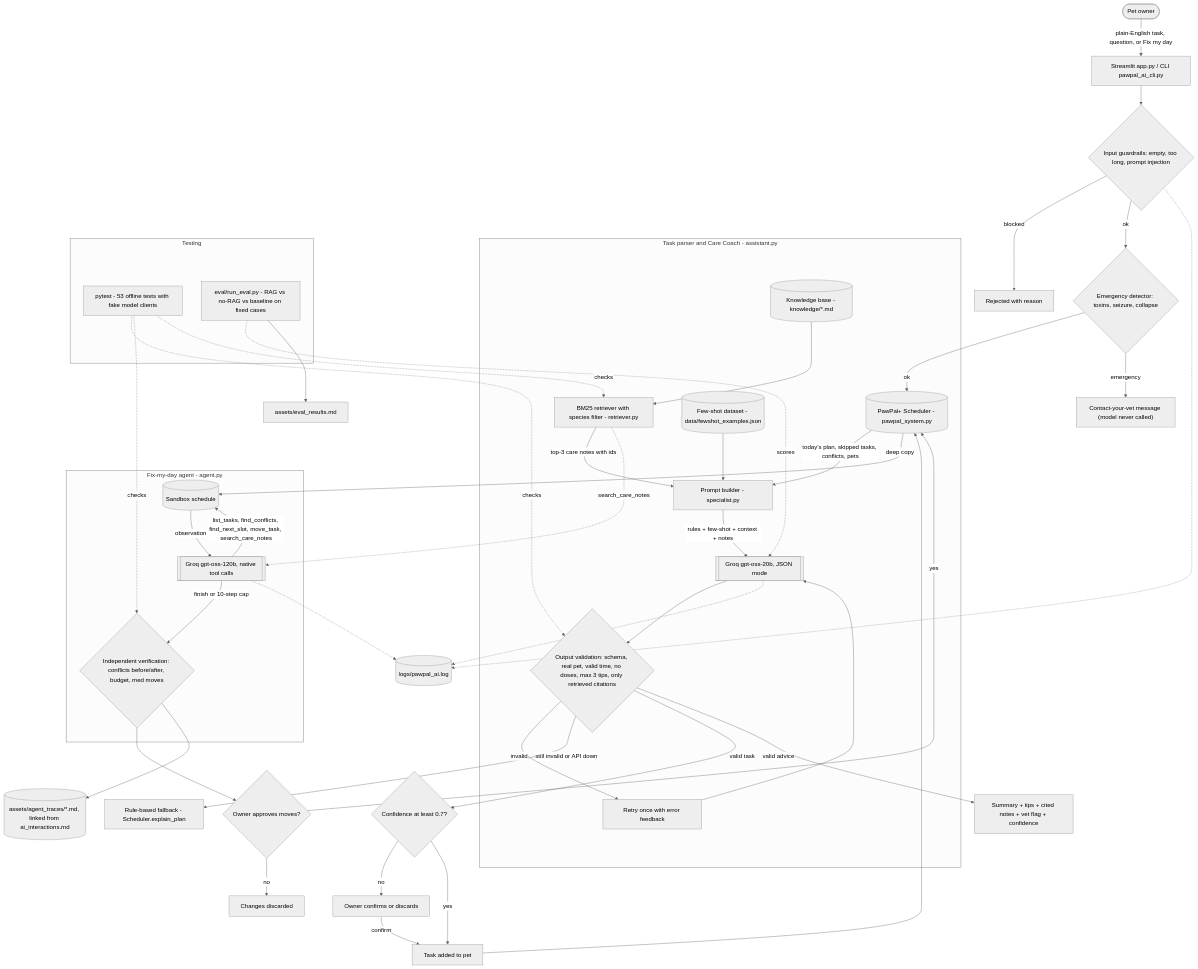
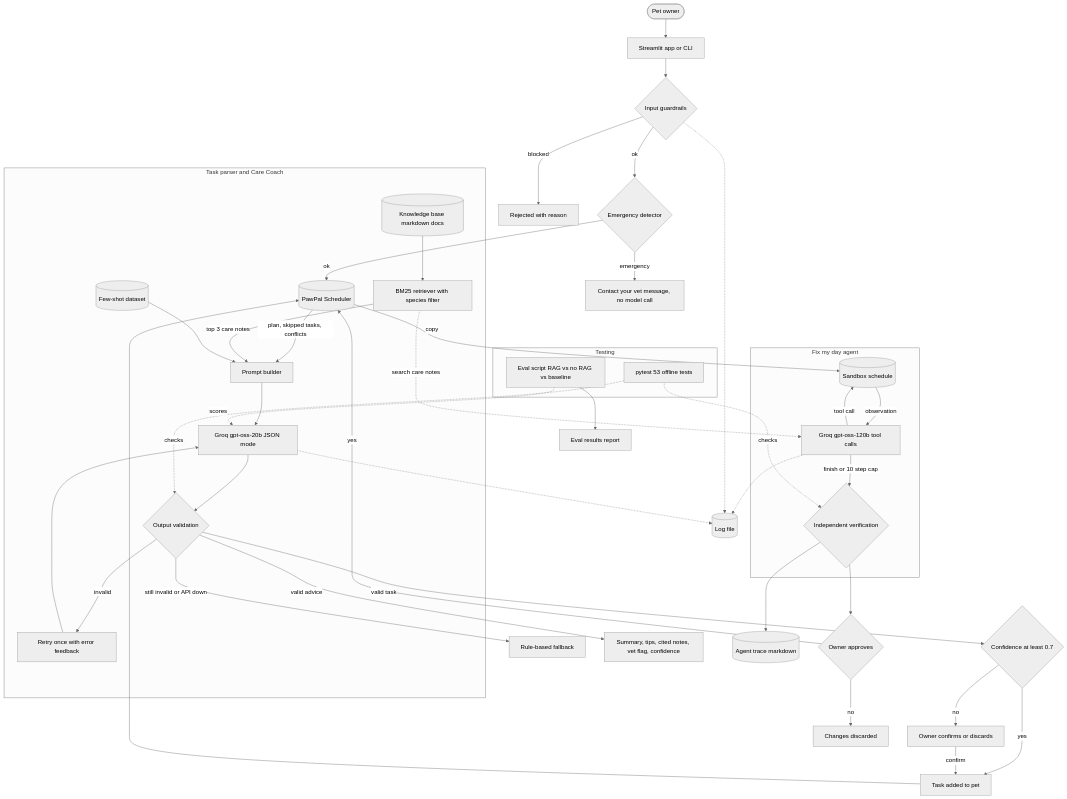
Before and after one commit to Bhagyashree-Vaidya/applied-ai-system-project: the diagram in diagrams/architecture.mmd, drawn with Mermaid (neutral theme). The commit also changed 1 other file, not shown here.

Commit message:
docs: simplify architecture Mermaid for GitHub rendering; app link at top of README

```diff
--- a/diagrams/architecture.mmd
+++ b/diagrams/architecture.mmd
@@ -1,52 +1,51 @@
 flowchart TD
-    U(["Pet owner"]) -->|"plain-English task, question, or Fix my day"| UI["Streamlit app.py / CLI pawpal_ai_cli.py"]
-    UI --> IG{"Input guardrails: empty, too long, prompt injection"}
-    IG -->|"blocked"| R1["Rejected with reason"]
-    IG -->|"ok"| EM{"Emergency detector: toxins, seizure, collapse"}
-    EM -->|"emergency"| R2["Contact-your-vet message (model never called)"]
-    EM -->|"ok"| SCH[("PawPal+ Scheduler - pawpal_system.py")]
+    U([Pet owner]) --> UI[Streamlit app or CLI]
+    UI --> IG{Input guardrails}
+    IG -- blocked --> R1[Rejected with reason]
+    IG -- ok --> EM{Emergency detector}
+    EM -- emergency --> R2[Contact your vet message, no model call]
+    EM -- ok --> SCH[(PawPal Scheduler)]
 
-    subgraph Coach["Task parser and Care Coach - assistant.py"]
-        SCH -->|"today's plan, skipped tasks, conflicts, pets"| PB["Prompt builder - specialist.py"]
-        KB[("Knowledge base - knowledge/*.md")] --> RET["BM25 retriever with species filter - retriever.py"]
-        RET -->|"top-3 care notes with ids"| PB
-        FS[("Few-shot dataset - data/fewshot_examples.json")] --> PB
-        PB -->|"rules + few-shot + context + notes"| LLM[["Groq gpt-oss-20b, JSON mode"]]
-        LLM --> OV{"Output validation: schema, real pet, valid time, no doses, max 3 tips, only retrieved citations"}
-        OV -->|"invalid"| RETRY["Retry once with error feedback"]
+    subgraph Coach [Task parser and Care Coach]
+        SCH -- plan, skipped tasks, conflicts --> PB[Prompt builder]
+        KB[(Knowledge base markdown docs)] --> RET[BM25 retriever with species filter]
+        RET -- top 3 care notes --> PB
+        FS[(Few-shot dataset)] --> PB
+        PB --> LLM[Groq gpt-oss-20b JSON mode]
+        LLM --> OV{Output validation}
+        OV -- invalid --> RETRY[Retry once with error feedback]
         RETRY --> LLM
     end
 
-    OV -->|"still invalid or API down"| FB["Rule-based fallback - Scheduler.explain_plan"]
-    OV -->|"valid task"| HIL{"Confidence at least 0.7?"}
-    HIL -->|"no"| HUMAN["Owner confirms or discards"]
-    HIL -->|"yes"| ADD["Task added to pet"]
-    HUMAN -->|"confirm"| ADD
+    OV -- still invalid or API down --> FB[Rule-based fallback]
+    OV -- valid task --> HIL{Confidence at least 0.7}
+    HIL -- no --> HUMAN[Owner confirms or discards]
+    HIL -- yes --> ADD[Task added to pet]
+    HUMAN -- confirm --> ADD
     ADD --> SCH
-    OV -->|"valid advice"| OUT["Summary + tips + cited notes + vet flag + confidence"]
+    OV -- valid advice --> OUT[Summary, tips, cited notes, vet flag, confidence]
 
-    subgraph Agent["Fix-my-day agent - agent.py"]
-        SCH -->|"deep copy"| SB[("Sandbox schedule")]
-        AL[["Groq gpt-oss-120b, native tool calls"]] -->|"list_tasks, find_conflicts, find_next_slot, move_task, search_care_notes"| SB
-        SB -->|"observation"| AL
-        AL -->|"finish or 10-step cap"| VER{"Independent verification: conflicts before/after, budget, med moves"}
+    subgraph Agent [Fix my day agent]
+        SCH -- copy --> SB[(Sandbox schedule)]
+        AL[Groq gpt-oss-120b tool calls] -- tool call --> SB
+        SB -- observation --> AL
+        AL -- finish or 10 step cap --> VER{Independent verification}
     end
-    RET -.->|"search_care_notes"| AL
-    VER --> APPROVE{"Owner approves moves?"}
-    APPROVE -->|"yes"| SCH
-    APPROVE -->|"no"| DISCARD["Changes discarded"]
-    VER --> TRACE[("assets/agent_traces/*.md, linked from ai_interactions.md")]
+    RET -. search care notes .-> AL
+    VER --> APPROVE{Owner approves}
+    APPROVE -- yes --> SCH
+    APPROVE -- no --> DISCARD[Changes discarded]
+    VER --> TRACE[(Agent trace markdown)]
 
-    IG -.-> LOG[("logs/pawpal_ai.log")]
+    IG -.-> LOG[(Log file)]
     LLM -.-> LOG
     AL -.-> LOG
 
     subgraph Testing
-        T1["pytest - 53 offline tests with fake model clients"]
-        T2["eval/run_eval.py - RAG vs no-RAG vs baseline on fixed cases"]
+        T1[pytest 53 offline tests]
+        T2[Eval script RAG vs no RAG vs baseline]
     end
-    T1 -.->|"checks"| OV
-    T1 -.->|"checks"| VER
-    T1 -.->|"checks"| RET
-    T2 -.->|"scores"| LLM
-    T2 --> REP["assets/eval_results.md"]
+    T1 -. checks .-> OV
+    T1 -. checks .-> VER
+    T2 -. scores .-> LLM
+    T2 --> REP[Eval results report]
```
